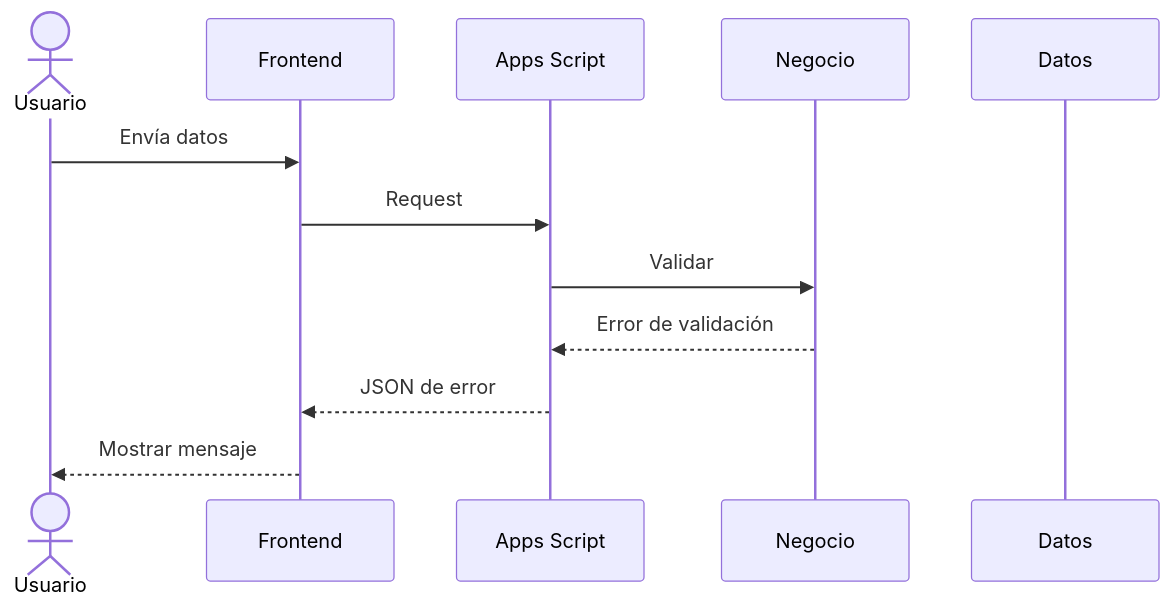
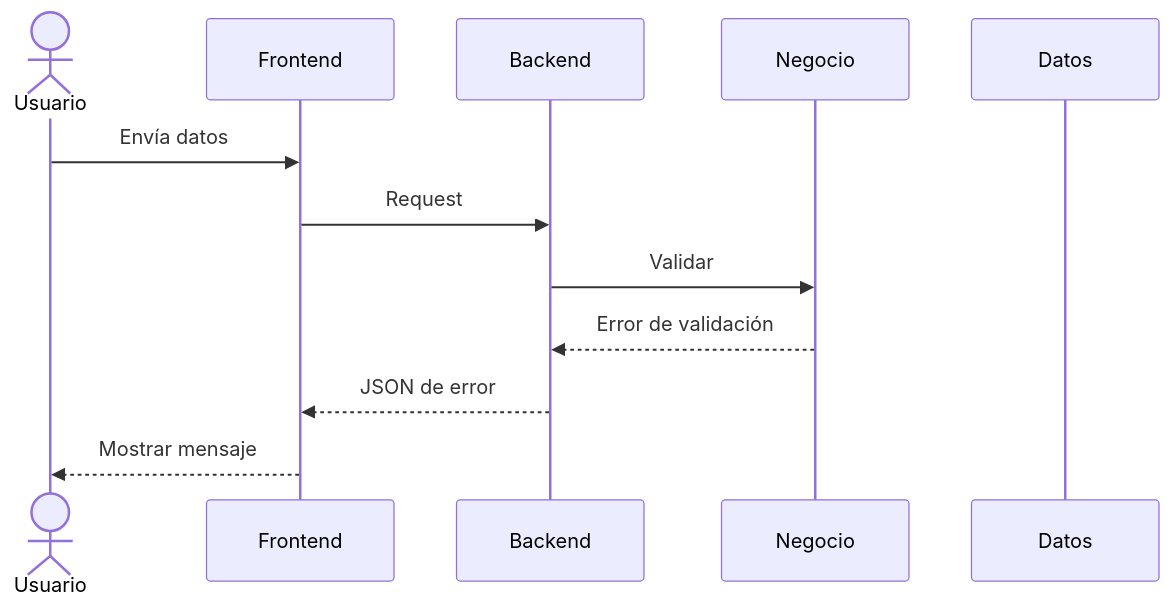
One commit to balderasalberto/eventos-sociales changed the second of 3 diagrams in docs/05-api.md. Above: the diagram before and after it, drawn with Mermaid. The commit also changed other lines of this file, not shown here.

Commit message:
docs: make API documentation implementation-portable

````diff
--- a/docs/05-api.md
+++ b/docs/05-api.md
@@ -217,15 +217,15 @@
 ```mermaid
 sequenceDiagram
     actor Usuario
     participant FE as Frontend
-    participant API as Apps Script
+    participant API as Backend
     participant B as Negocio
     participant D as Datos
 
     Usuario->>FE: Envía datos
     FE->>API: Request
     API->>B: Validar
     B-->>API: Error de validación
     API-->>FE: JSON de error
     FE-->>Usuario: Mostrar mensaje
 ```
````
